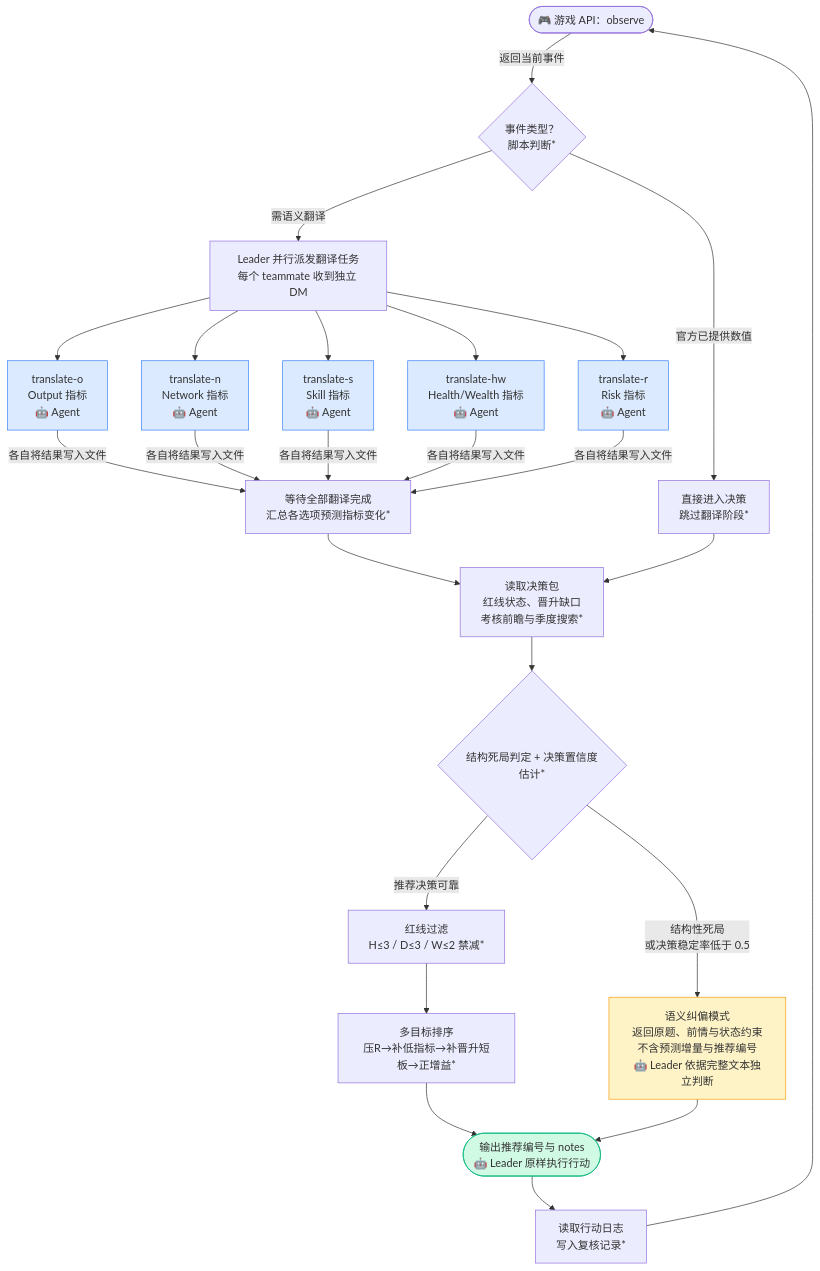
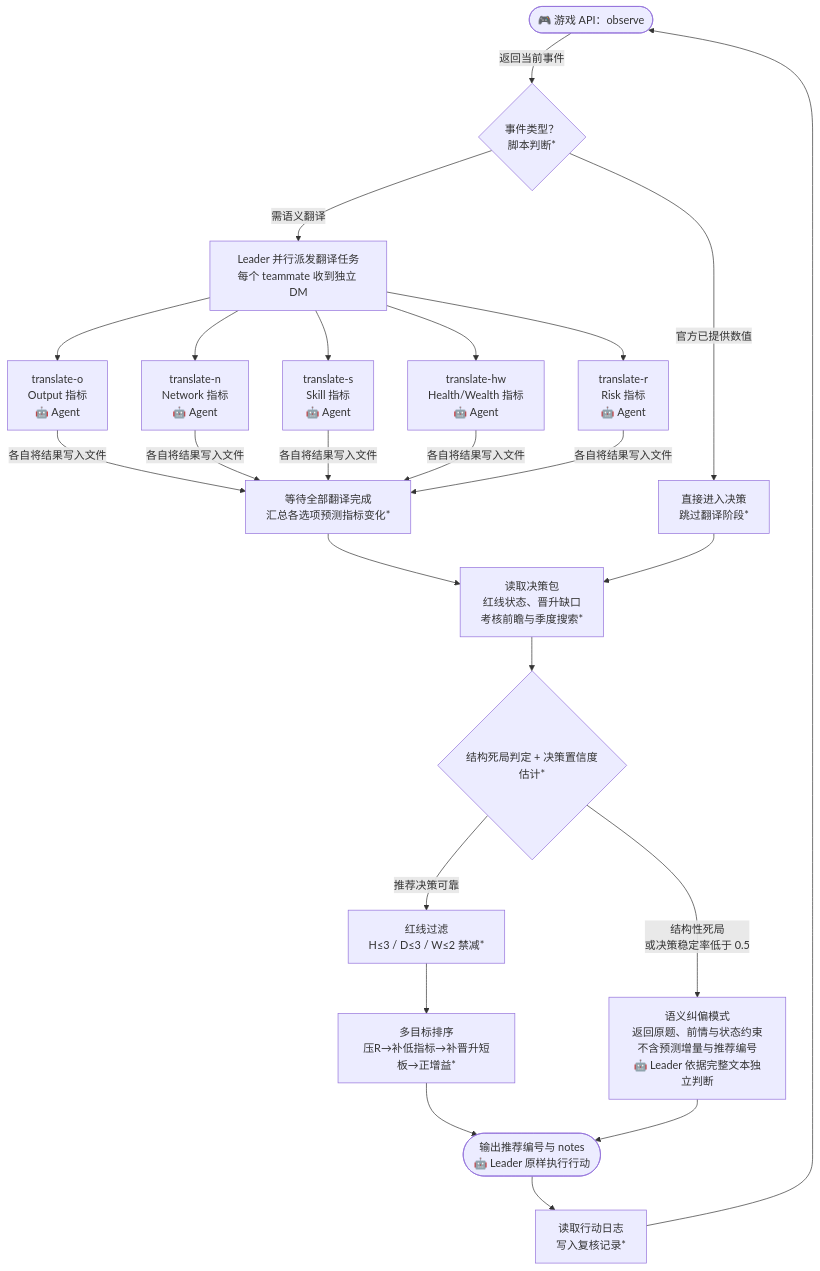
The diagram in README.md (Winfred666/CareerSim-BDCI26), drawn with Mermaid before and after one commit. The commit also changed other lines of this file, not shown here.

Commit message:
docs: remove custom diagram colors and explain symbols

````diff
--- a/README.md
+++ b/README.md
@@ -9,46 +9,39 @@
 ```mermaid
 flowchart TD
     A([🎮 游戏 API：observe]) -->|返回当前事件| B
 
     B{"事件类型？\n脚本判断*"}
     B -->|官方已提供数值| C[直接进入决策\n跳过翻译阶段*]
     B -->|需语义翻译| D
 
     D[Leader 并行派发翻译任务\n每个 teammate 收到独立 DM]
 
     D --> E1[translate-o\nOutput 指标\n🤖 Agent]
     D --> E2[translate-n\nNetwork 指标\n🤖 Agent]
     D --> E3[translate-s\nSkill 指标\n🤖 Agent]
     D --> E4[translate-hw\nHealth/Wealth 指标\n🤖 Agent]
     D --> E5[translate-r\nRisk 指标\n🤖 Agent]
 
     E1 & E2 & E3 & E4 & E5 -->|各自将结果写入文件| F
 
     F[等待全部翻译完成\n汇总各选项预测指标变化*]
 
     F --> G[读取决策包\n红线状态、晋升缺口\n考核前瞻与季度搜索*]
     C --> G
 
     G --> H{"结构死局判定 + 决策置信度估计*"}
     H -->|结构性死局\n或决策稳定率低于 0.5| I
 
     I[语义纠偏模式\n返回原题、前情与状态约束\n不含预测增量与推荐编号\n🤖 Leader 依据完整文本独立判断]
 
     H -->|推荐决策可靠| J[红线过滤\nH≤3 / D≤3 / W≤2 禁减*]
 
     J --> K[多目标排序\n压R→补低指标→补晋升短板→正增益*]
 
     K --> L([输出推荐编号与 notes\n🤖 Leader 原样执行行动])
     I --> L
 
     L --> M[读取行动日志\n写入复核记录*]
     M --> A
 
-    style E1 fill:#dbeafe,stroke:#3b82f6
-    style E2 fill:#dbeafe,stroke:#3b82f6
-    style E3 fill:#dbeafe,stroke:#3b82f6
-    style E4 fill:#dbeafe,stroke:#3b82f6
-    style E5 fill:#dbeafe,stroke:#3b82f6
-    style I fill:#fef3c7,stroke:#f59e0b
-    style L fill:#d1fae5,stroke:#10b981
 ```
````
